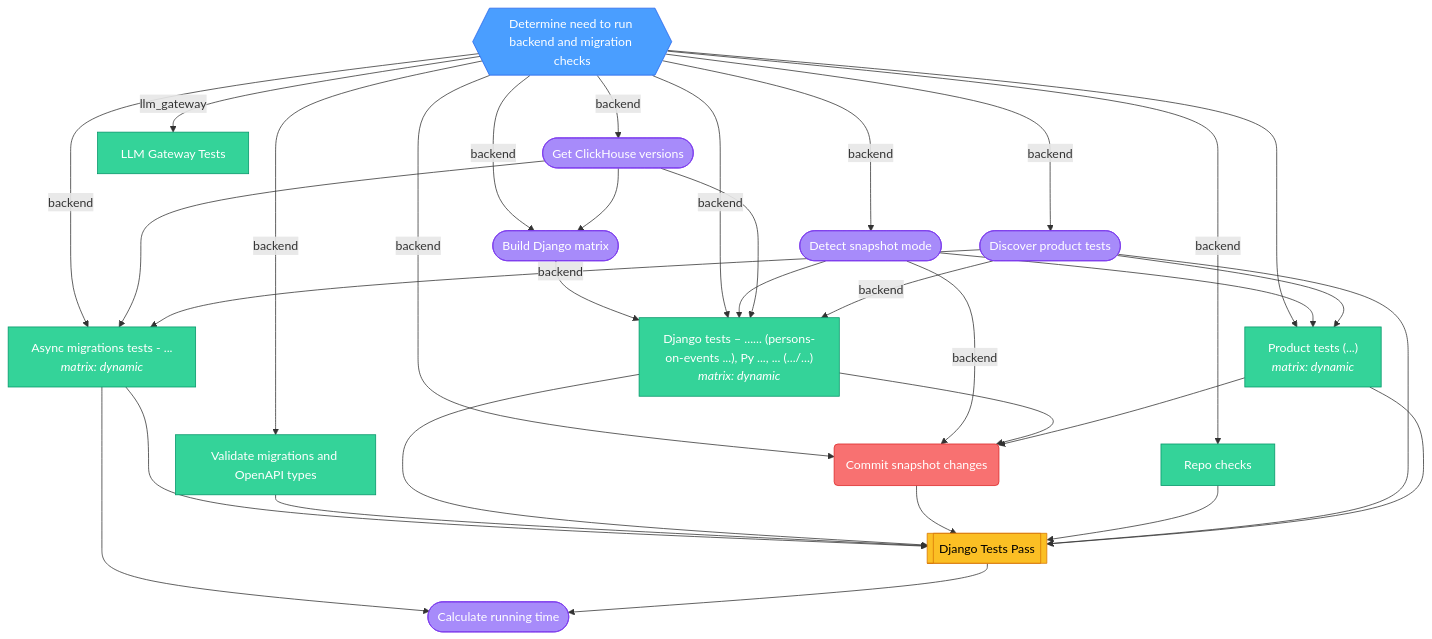
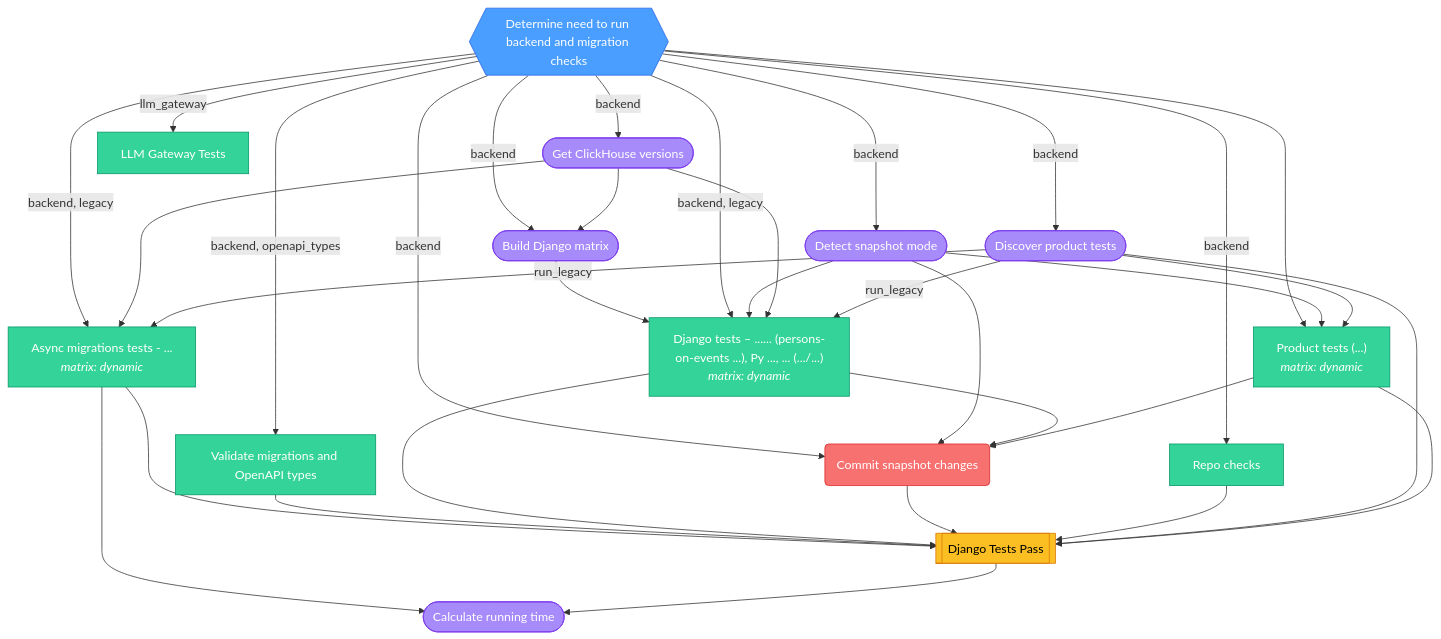
The diagram in docs/internal/ci/ci-backend.md (BlackRoad-OS-Inc/RoadHog), drawn with Mermaid before and after one commit. The commit also changed other lines of this file and 6 other files, not shown here.

Commit message:
chore(ci): improve condition parsing and edge labels in diagram generator

````diff
--- a/docs/internal/ci/ci-backend.md
+++ b/docs/internal/ci/ci-backend.md
@@ -7,71 +7,71 @@
 ```mermaid
 graph TD
     classDef gate fill:#4a9eff,stroke:#2563eb,color:#fff
     classDef plumbing fill:#a78bfa,stroke:#7c3aed,color:#fff
     classDef test fill:#34d399,stroke:#059669,color:#fff
     classDef collation fill:#fbbf24,stroke:#d97706,color:#000
     classDef sideeffect fill:#f87171,stroke:#dc2626,color:#fff
 
     changes{{"Determine need to run backend and migration checks"}}
     check-migrations["Validate migrations and OpenAPI types"]
     detect-snapshot-mode(["Detect snapshot mode"])
     get_clickhouse_versions(["Get ClickHouse versions"])
     build_django_matrix(["Build Django matrix"])
     llm-gateway["LLM Gateway Tests"]
     repo-checks["Repo checks"]
     turbo-discover(["Discover product tests"])
     async-migrations["Async migrations tests -  ...<br/><i>matrix: dynamic</i>"]
     django["Django tests – ...... (persons-on-events ...), Py ..., ... (.../...)<br/><i>matrix: dynamic</i>"]
     turbo-tests["Product tests (...)<br/><i>matrix: dynamic</i>"]
     handle-snapshots("Commit snapshot changes")
     django_tests[["Django Tests Pass"]]
     calculate-running-time(["Calculate running time"])
 
-    changes -->|backend| check-migrations
+    changes -->|backend, openapi_types| check-migrations
     changes -->|backend| detect-snapshot-mode
     changes -->|backend| get_clickhouse_versions
     changes -->|backend| build_django_matrix
     get_clickhouse_versions --> build_django_matrix
     changes -->|llm_gateway| llm-gateway
     changes -->|backend| repo-checks
     changes -->|backend| turbo-discover
-    changes -->|backend| async-migrations
+    changes -->|backend, legacy| async-migrations
     get_clickhouse_versions --> async-migrations
-    turbo-discover -->|backend| async-migrations
+    turbo-discover -->|run_legacy| async-migrations
     build_django_matrix --> django
-    changes -->|backend| django
+    changes -->|backend, legacy| django
     detect-snapshot-mode --> django
     get_clickhouse_versions --> django
-    turbo-discover -->|backend| django
+    turbo-discover -->|run_legacy| django
     changes --> turbo-tests
     detect-snapshot-mode --> turbo-tests
     turbo-discover --> turbo-tests
     changes -->|backend| handle-snapshots
-    detect-snapshot-mode -->|backend| handle-snapshots
+    detect-snapshot-mode --> handle-snapshots
     django --> handle-snapshots
     turbo-tests --> handle-snapshots
     async-migrations --> django_tests
     check-migrations --> django_tests
     django --> django_tests
     handle-snapshots --> django_tests
     repo-checks --> django_tests
     turbo-discover --> django_tests
     turbo-tests --> django_tests
     async-migrations --> calculate-running-time
     django_tests --> calculate-running-time
 
     class changes gate
     class check-migrations test
     class detect-snapshot-mode plumbing
     class get_clickhouse_versions plumbing
     class build_django_matrix plumbing
     class llm-gateway test
     class repo-checks test
     class turbo-discover plumbing
     class async-migrations test
     class django test
     class turbo-tests test
     class handle-snapshots sideeffect
     class django_tests collation
     class calculate-running-time plumbing
 ```
````
